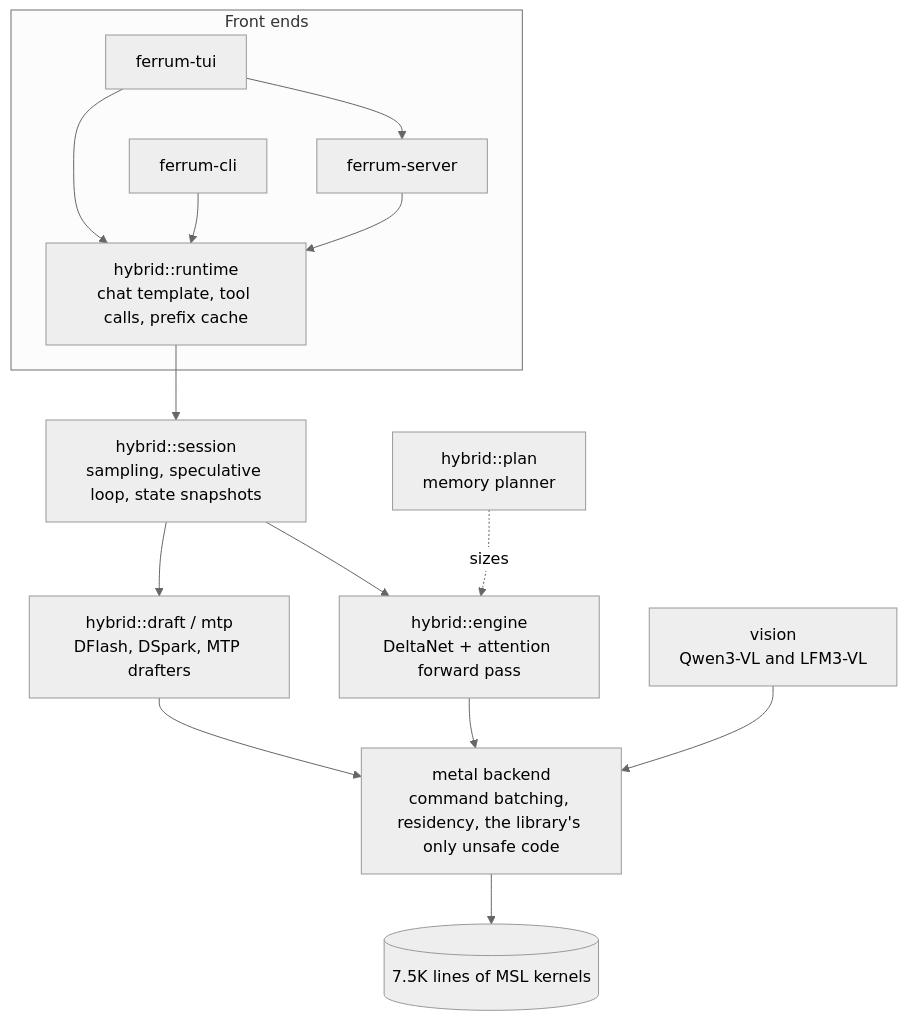
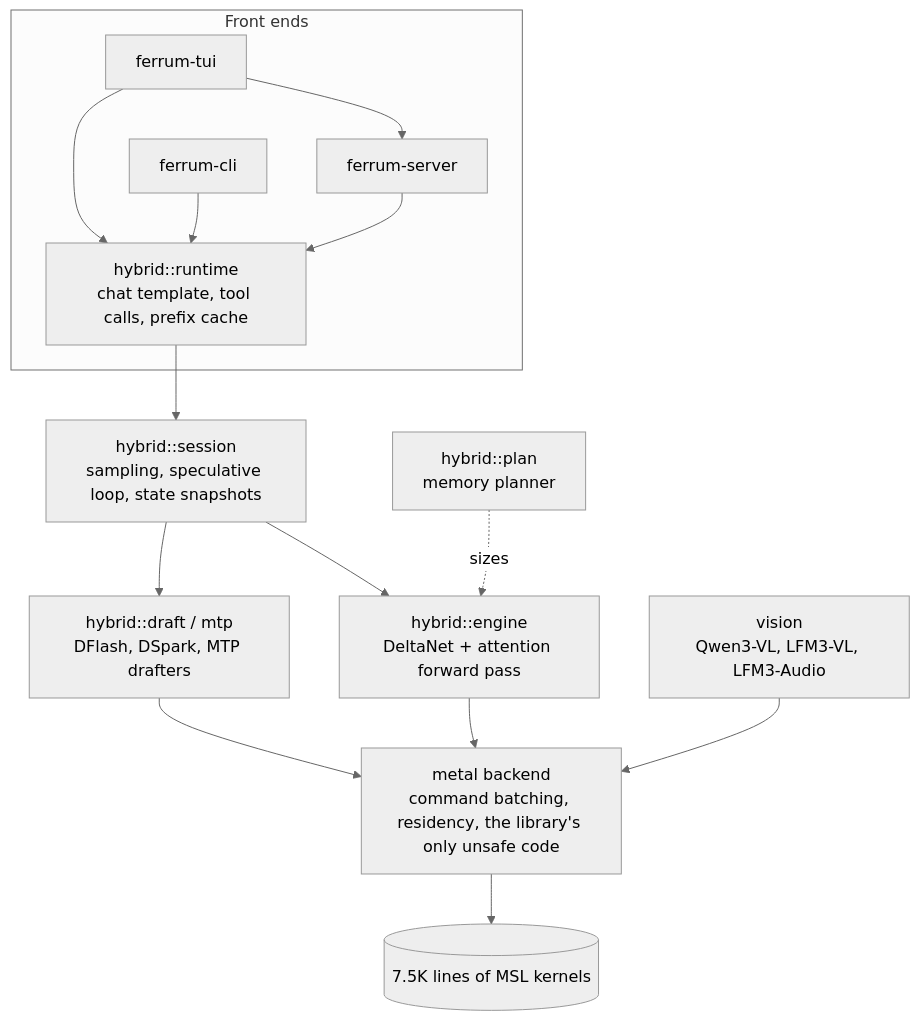
The diagram in README.md (austinwells-dev/ferrum), drawn with Mermaid (neutral theme) before and after one commit. The commit also changed other lines of this file and 14 other files, not shown here.

First line of the commit message:
LFM3-Audio: document speech input and record its checks

````diff
--- a/README.md
+++ b/README.md
@@ -167,17 +168,17 @@
 ```mermaid
 flowchart TD
     subgraph Front ends
         TUI[ferrum-tui] --> SRV[ferrum-server]
         TUI --> RT
         CLI[ferrum-cli] --> RT
         SRV --> RT[hybrid::runtime<br/>chat template, tool calls, prefix cache]
     end
     RT --> SES[hybrid::session<br/>sampling, speculative loop, state snapshots]
     SES --> ENG[hybrid::engine<br/>DeltaNet + attention forward pass]
     SES --> DRF[hybrid::draft / mtp<br/>DFlash, DSpark, MTP drafters]
     PLAN[hybrid::plan<br/>memory planner] -.sizes.-> ENG
     ENG --> MTL
     DRF --> MTL
-    VIS[vision<br/>Qwen3-VL and LFM3-VL] --> MTL
+    VIS[vision<br/>Qwen3-VL, LFM3-VL, LFM3-Audio] --> MTL
     MTL[metal backend<br/>command batching, residency, the library's only unsafe code] --> SH[(7.5K lines of MSL kernels)]
 ```
````
